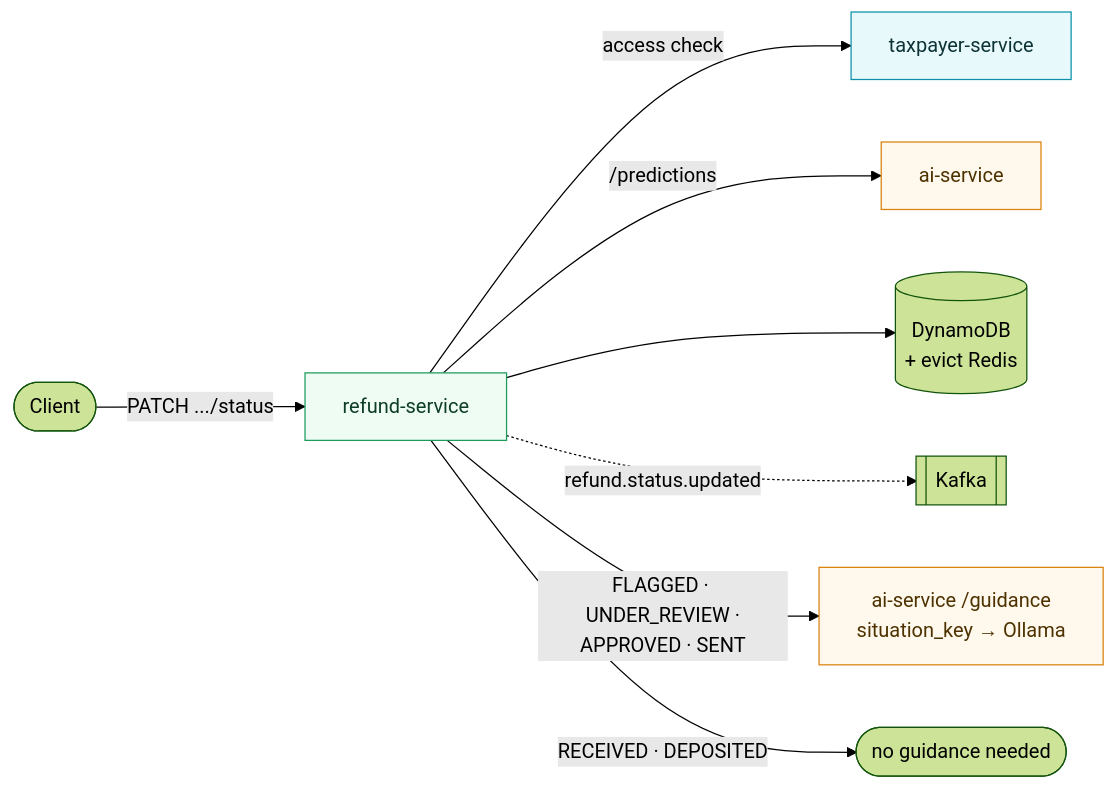
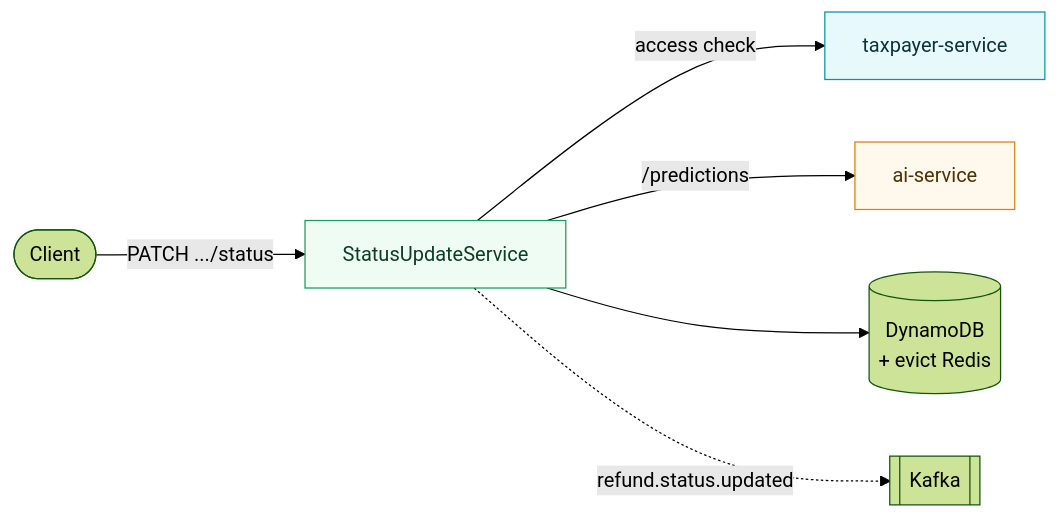
One commit to Thangaprabhu/turbotax-refund-service changed the seventh of 8 diagrams in README.md. Above: the diagram before and after it, drawn with Mermaid (forest theme). The commit also changed other lines of this file, not shown here.

First line of the commit message:
Split Flow 5, add missing flows for full 1:1 API workflow coverage

````diff
--- a/README.md
+++ b/README.md
@@ -91,16 +119,14 @@
 ```mermaid
 flowchart LR
-    C(["Client"]) -->|"PATCH .../status"| R["refund-service"]
+    C(["Client"]) -->|"PATCH .../status"| R["StatusUpdateService"]
     R -->|"access check"| T["taxpayer-service"]
-    R -->|"/predictions"| AI1["ai-service"]
+    R -->|"/predictions"| AI["ai-service"]
     R --> D[("DynamoDB<br/>+ evict Redis")]
     R -.->|"refund.status.updated"| K[["Kafka"]]
-    R -->|"FLAGGED · UNDER_REVIEW ·<br/>APPROVED · SENT"| G["ai-service /guidance<br/>situation_key → Ollama"]
-    R -->|"RECEIVED · DEPOSITED"| N(["no guidance needed"])
     classDef refund fill:#eefcf3,stroke:#1c9a5b,color:#0d3d24;
     classDef taxpayer fill:#e8f9fb,stroke:#0e91a8,color:#0d3336;
     classDef ai fill:#fff8ec,stroke:#d9820b,color:#4d3200;
     class R refund;
     class T taxpayer;
-    class AI1,G ai;
+    class AI ai;
 ```
````
